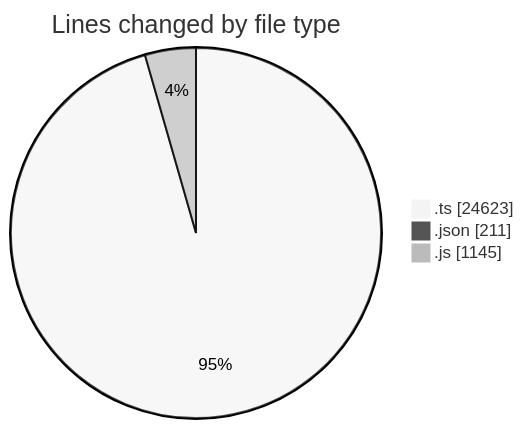
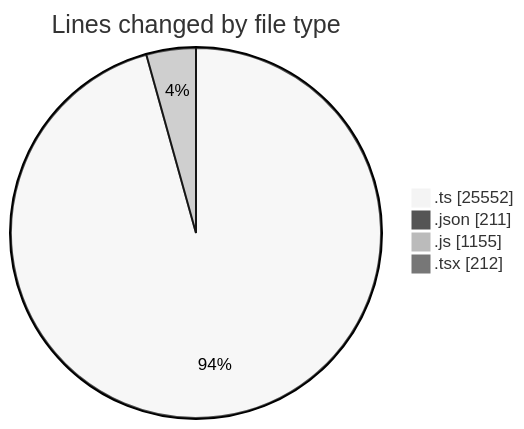
One commit to momahboobian/code-tracking changed the first of 2 diagrams in 2026-11-04/cda/README.md. Above: the diagram before and after it, drawn with Mermaid (neutral theme). The commit also changed other lines of this file and 1 other file, not shown here.

````diff
--- a/2026-11-04/cda/README.md
+++ b/2026-11-04/cda/README.md
@@ -32,7 +35,8 @@
 ```mermaid
 pie showData
 title Lines changed by file type
-".ts" : 24623
+".ts" : 25552
 ".json" : 211
-".js" : 1145
+".js" : 1155
+".tsx" : 212
 ```
````
